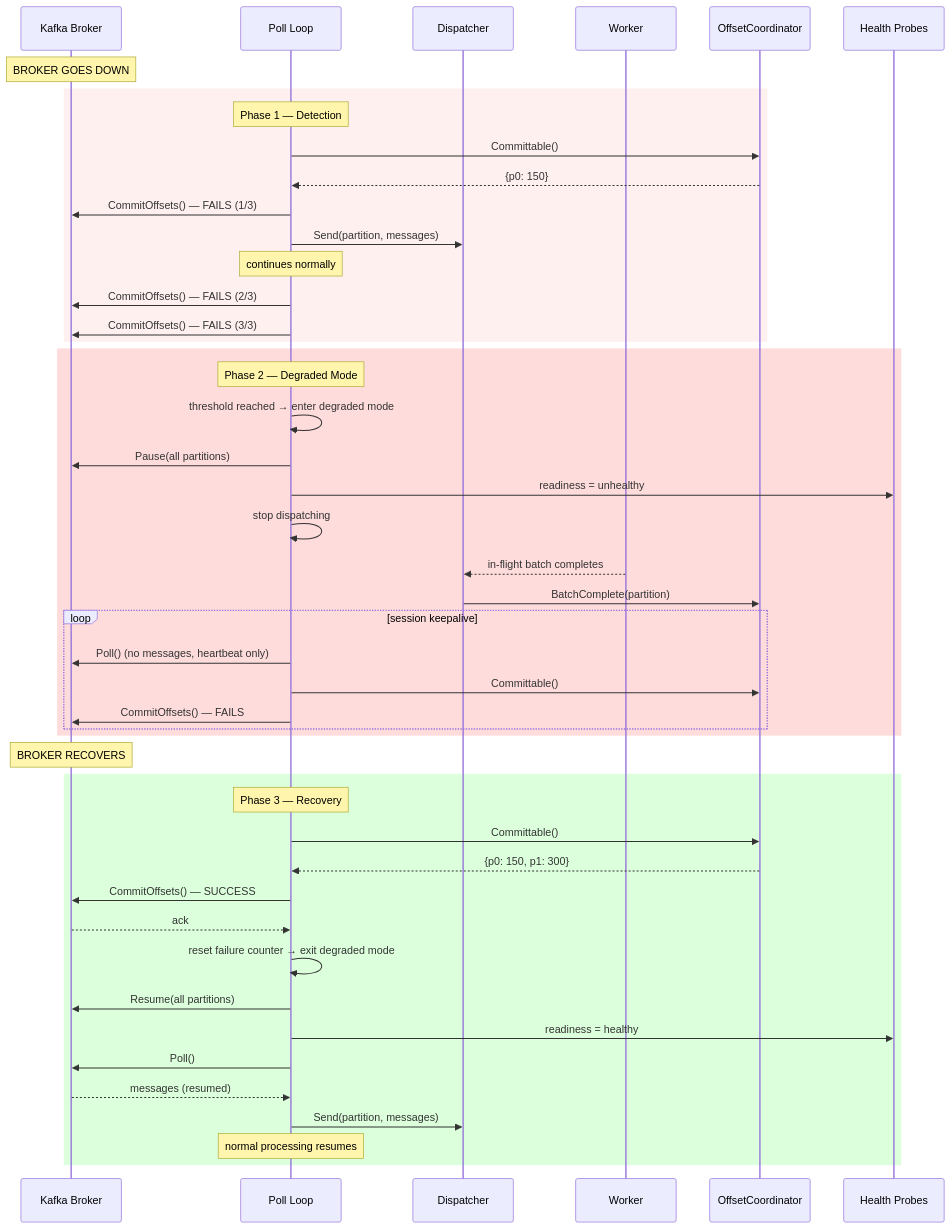
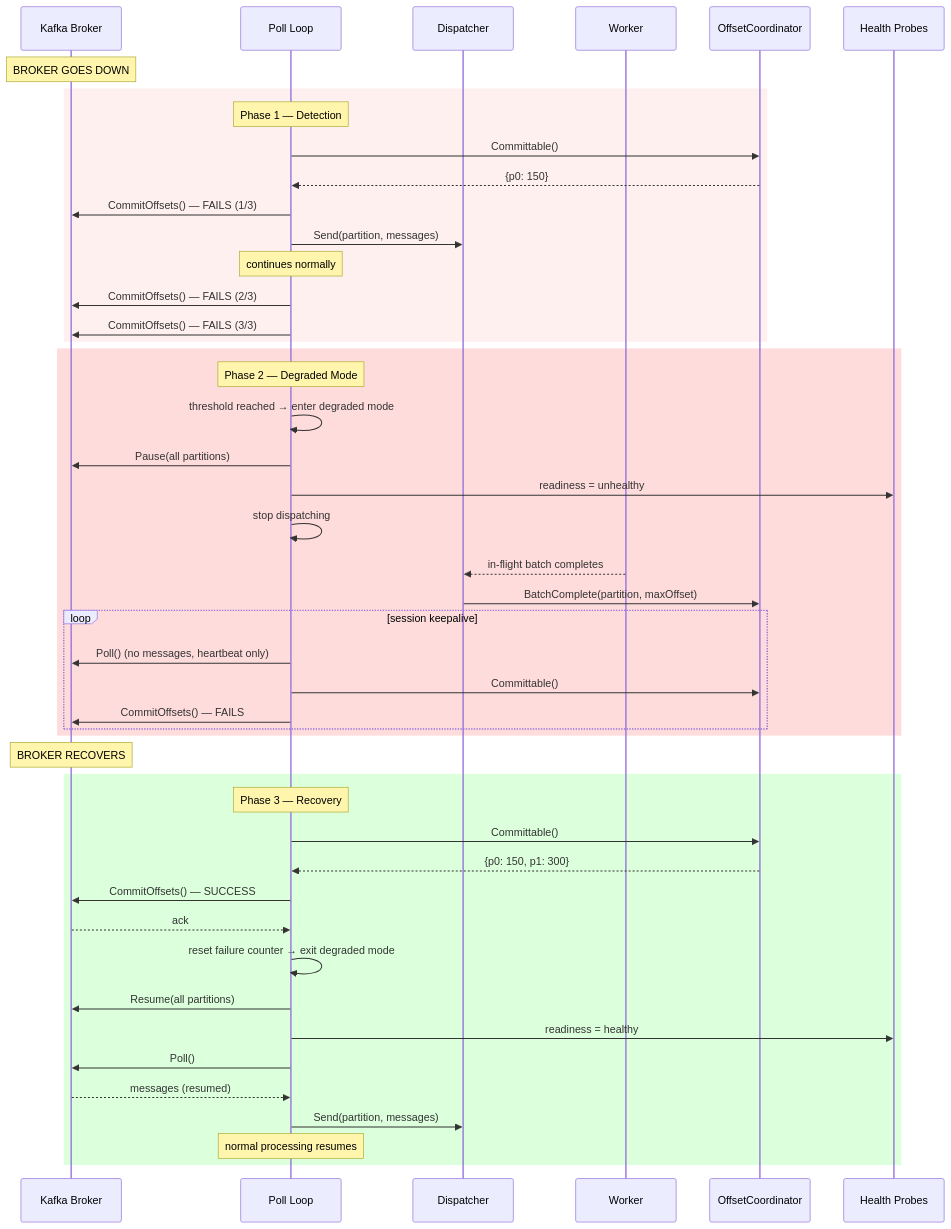
Before and after one commit to lucasdecamargo/go-kafka-consumer: the diagram in docs/scenarios/12-broker-unavailable.md, drawn with Mermaid. The commit also changed 11 other files, not shown here.

Commit message:
Refactor OffsetCoordinator interface and implementation to include maxOffset validation in BatchComplete method; update related documentation and scenarios accordingly.

````diff
--- a/docs/scenarios/12-broker-unavailable.md
+++ b/docs/scenarios/12-broker-unavailable.md
@@ -92,59 +92,59 @@
 ```mermaid
 sequenceDiagram
     participant K as Kafka Broker
     participant PL as Poll Loop
     participant D as Dispatcher
     participant W as Worker
     participant OC as OffsetCoordinator
     participant HP as Health Probes
 
     Note over K: BROKER GOES DOWN
 
     rect rgb(255, 240, 240)
     Note over PL: Phase 1 — Detection
     PL->>OC: Committable()
     OC-->>PL: {p0: 150}
     PL->>K: CommitOffsets() — FAILS (1/3)
     PL->>D: Send(partition, messages)
     Note over PL: continues normally
 
     PL->>K: CommitOffsets() — FAILS (2/3)
     PL->>K: CommitOffsets() — FAILS (3/3)
     end
 
     rect rgb(255, 220, 220)
     Note over PL: Phase 2 — Degraded Mode
     PL->>PL: threshold reached → enter degraded mode
     PL->>K: Pause(all partitions)
     PL->>HP: readiness = unhealthy
     PL->>PL: stop dispatching
 
     W-->>D: in-flight batch completes
-    D->>OC: BatchComplete(partition)
+    D->>OC: BatchComplete(partition, maxOffset)
 
     loop session keepalive
         PL->>K: Poll() (no messages, heartbeat only)
         PL->>OC: Committable()
         PL->>K: CommitOffsets() — FAILS
     end
     end
 
     Note over K: BROKER RECOVERS
 
     rect rgb(220, 255, 220)
     Note over PL: Phase 3 — Recovery
     PL->>OC: Committable()
     OC-->>PL: {p0: 150, p1: 300}
     PL->>K: CommitOffsets() — SUCCESS
     K-->>PL: ack
 
     PL->>PL: reset failure counter → exit degraded mode
     PL->>K: Resume(all partitions)
     PL->>HP: readiness = healthy
 
     PL->>K: Poll()
     K-->>PL: messages (resumed)
     PL->>D: Send(partition, messages)
     Note over PL: normal processing resumes
     end
 ```
````
